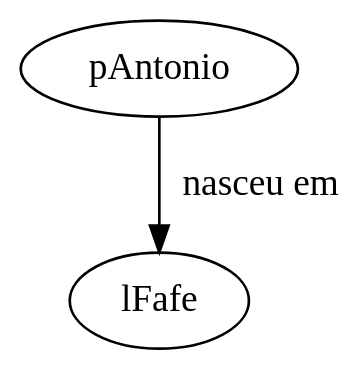
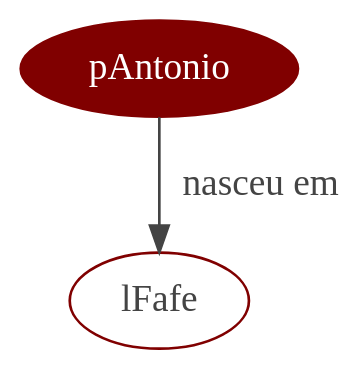
One commit to MiguelCosta/EngenhariaDeLinguagens changed the diagram in EG/ExerciciosParaAvaliacao/Ex5/WebSite/x2.gv. Above: the diagram before and after it, drawn with Graphviz. The commit also changed 16 other files, not shown here.

```diff
--- a/EG/ExerciciosParaAvaliacao/Ex5/WebSite/x2.gv
+++ b/EG/ExerciciosParaAvaliacao/Ex5/WebSite/x2.gv
@@ -1,5 +1,8 @@
 
-digraph mainmap2 {graph [bgcolor=transparent];"pAntonio" [URL="instancia.php?instancia=pAntonio"];
-"lFafe" [URL="instancia.php?instancia=lFafe"];
- "pAntonio" -> "lFafe" [label="nasceu em"];
+digraph mainmap2 {graph [bgcolor=transparent];"pAntonio" [URL="instancia.php?instancia=pAntonio", 
+		color ="#800000",
+		fontcolor = white,
+		style = filled,];
+"lFafe" [color="#800000", fontcolor="#444444", URL="instancia.php?instancia=lFafe"];
+ "pAntonio" -> "lFafe" [label="nasceu em", color="#444444", fontcolor="#444444"];
 }
```
